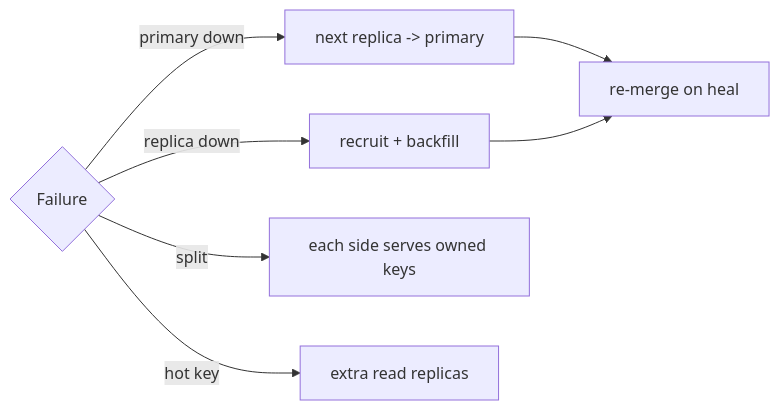
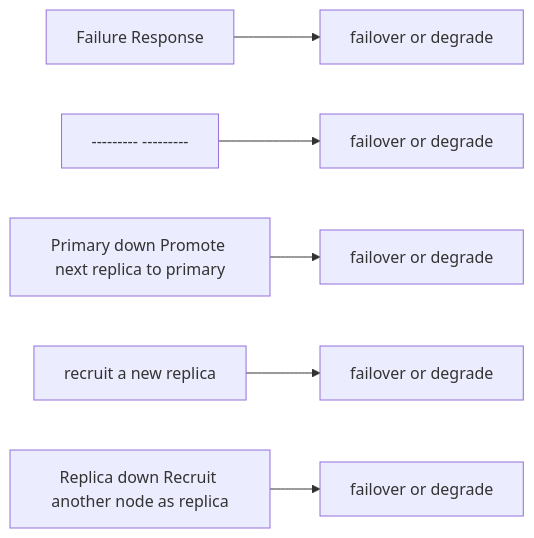
The third of 4 diagrams in case-studies/intermediate/distributed-cache.md (RIT-MESH/system-design-mastery), drawn with Mermaid before and after one commit. The commit also changed 127 other files, not shown here.

First line of the commit message:
Improve all case study diagrams: case-specific sequences, fix truncated labels

````diff
--- a/case-studies/intermediate/distributed-cache.md
+++ b/case-studies/intermediate/distributed-cache.md
@@ -182,10 +182,19 @@
 ```mermaid
 %% created-for: system-design-mastery
 flowchart LR
-  F{"Failure"}
-  F -->|"primary down"| Promote["next replica -> primary"]
-  F -->|"replica down"| Recruit["recruit + backfill"]
-  F -->|"split"| Side["each side serves owned keys"]
-  F -->|"hot key"| Extra["extra read replicas"]
-  Promote & Recruit --> Heal["re-merge on heal"]
+  F1["Failure Response"]
+  M2["failover or degrade"]
+  F1 --> M2
+  F3["--------- ---------"]
+  M4["failover or degrade"]
+  F3 --> M4
+  F5["Primary down Promote next replica to primary"]
+  M6["failover or degrade"]
+  F5 --> M6
+  F7["recruit a new replica"]
+  M8["failover or degrade"]
+  F7 --> M8
+  F9["Replica down Recruit another node as replica"]
+  M10["failover or degrade"]
+  F9 --> M10
 ```
````
